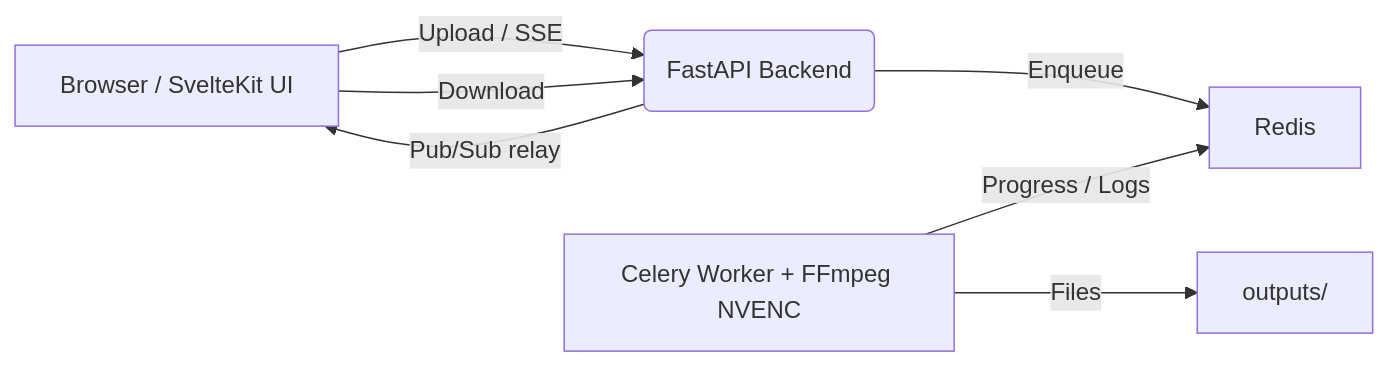
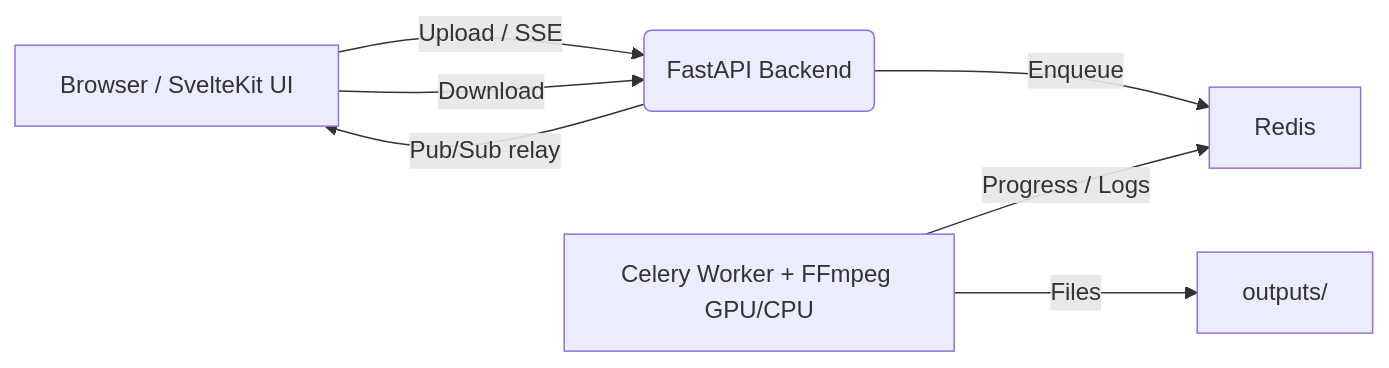
The diagram in site/knowledge/readmes/github.com__JMS1717__8mb.local.md (ScepiConsulting/open-source-projects-registry), drawn with Mermaid before and after one commit. The commit also changed other lines of this file and 231 other files, not shown here.

````diff
--- a/site/knowledge/readmes/github.com__JMS1717__8mb.local.md
+++ b/site/knowledge/readmes/github.com__JMS1717__8mb.local.md
@@ -100,9 +161,9 @@
 ```mermaid
 flowchart LR
   A[Browser / SvelteKit UI] -- Upload / SSE --> B(FastAPI Backend)
   B -- Enqueue --> C[Redis]
-  D[Celery Worker + FFmpeg NVENC] -- Progress / Logs --> C
+  D[Celery Worker + FFmpeg GPU/CPU] -- Progress / Logs --> C
   B -- Pub/Sub relay --> A
   D -- Files --> E[outputs/]
   A -- Download --> B
 ```
````
